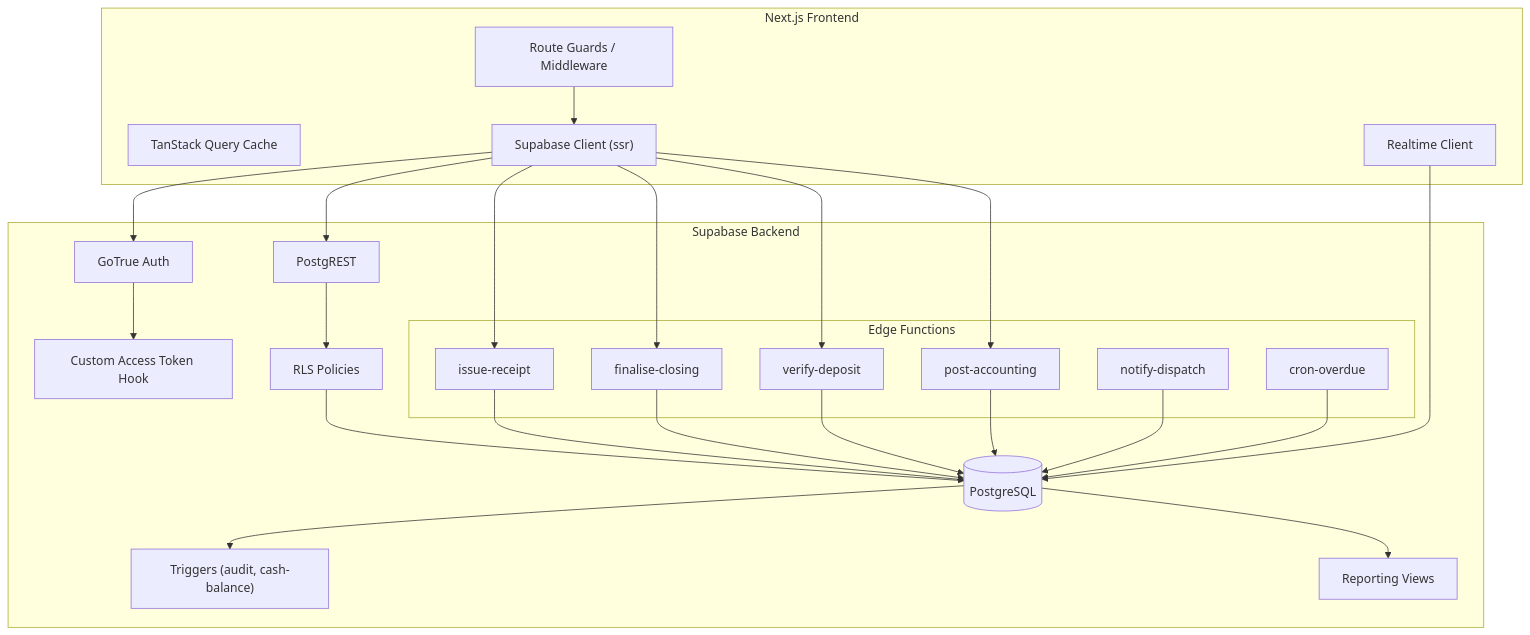
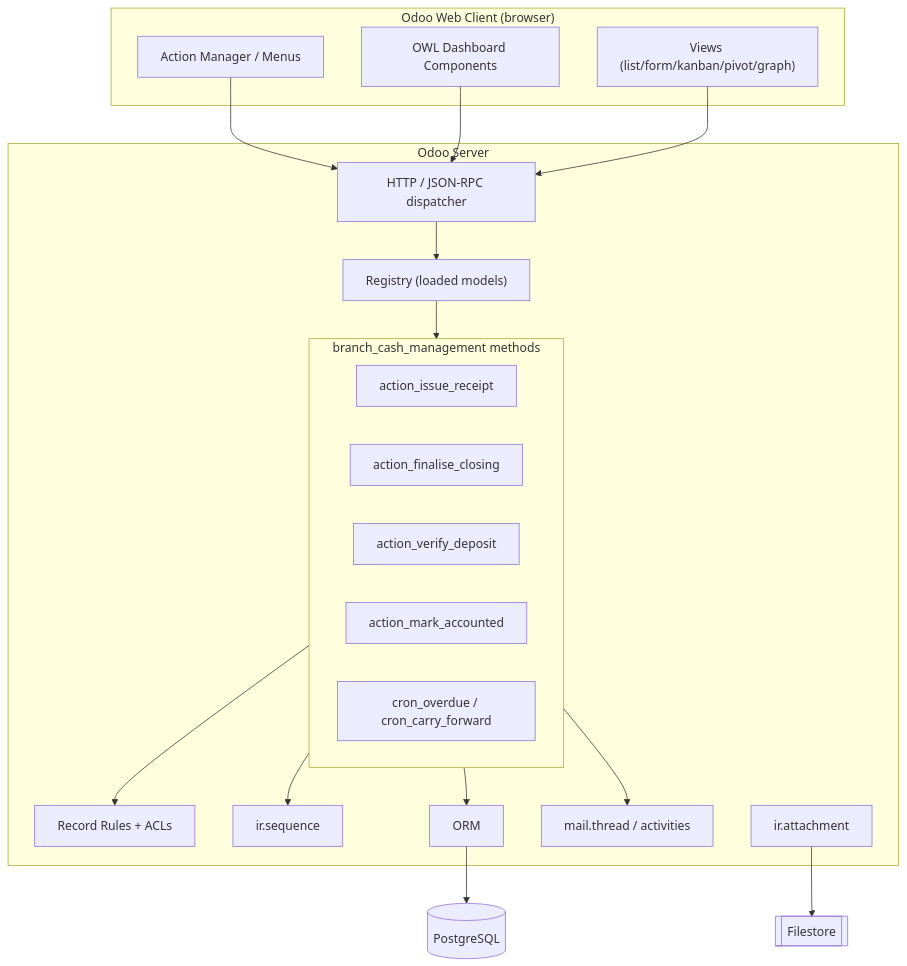
One commit to arunideen/branch-cash-management-system-odoo changed the diagram in docs/diagrams/component-diagram.md. Above: the diagram before and after it, drawn with Mermaid. The commit also changed 53 other files, not shown here.

````diff
--- a/docs/diagrams/component-diagram.md
+++ b/docs/diagrams/component-diagram.md
@@ -5,35 +5,34 @@
 ```mermaid
 graph TB
-    subgraph FE["Next.js Frontend"]
-        RG["Route Guards / Middleware"]
-        QC["TanStack Query Cache"]
-        SC["Supabase Client (ssr)"]
-        RTC["Realtime Client"]
+    subgraph FE["Odoo Web Client (browser)"]
+        RG["Action Manager / Menus"]
+        VW["Views (list/form/kanban/pivot/graph)"]
+        OWL["OWL Dashboard Components"]
     end
-    subgraph BE["Supabase Backend"]
-        GT["GoTrue Auth"]
-        HOOK["Custom Access Token Hook"]
-        PR["PostgREST"]
-        subgraph EFG["Edge Functions"]
-            EF1["issue-receipt"]
-            EF2["finalise-closing"]
-            EF3["verify-deposit"]
-            EF4["post-accounting"]
-            EF5["notify-dispatch"]
-            EF6["cron-overdue"]
+    subgraph BE["Odoo Server"]
+        HTTP["HTTP / JSON-RPC dispatcher"]
+        REG["Registry (loaded models)"]
+        subgraph LOGIC["branch_cash_management methods"]
+            L1["action_issue_receipt"]
+            L2["action_finalise_closing"]
+            L3["action_verify_deposit"]
+            L4["action_mark_accounted"]
+            L5["cron_overdue / cron_carry_forward"]
         end
-        DB[("PostgreSQL")]
-        RLS["RLS Policies"]
-        TRG["Triggers (audit, cash-balance)"]
-        VW["Reporting Views"]
+        SECR["Record Rules + ACLs"]
+        SEQ["ir.sequence"]
+        ATT["ir.attachment"]
+        MAILT["mail.thread / activities"]
+        ORM["ORM"]
     end
-    RG --> SC --> GT --> HOOK
-    SC --> PR --> RLS --> DB
-    RTC --> DB
-    SC --> EF1 & EF2 & EF3 & EF4
-    EF1 & EF2 & EF3 & EF4 --> DB
-    DB --> TRG
-    DB --> VW
-    EF5 --> DB
-    EF6 --> DB
+    DB[("PostgreSQL")]
+    FS[["Filestore"]]
+    RG --> HTTP --> REG --> LOGIC
+    LOGIC --> SECR
+    LOGIC --> SEQ
+    LOGIC --> MAILT
+    LOGIC --> ORM --> DB
+    ATT --> FS
+    OWL --> HTTP
+    VW --> HTTP
 ```
````
